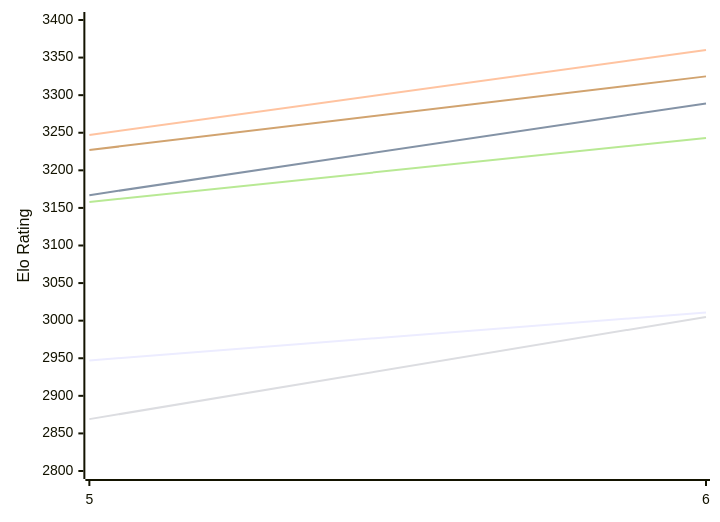
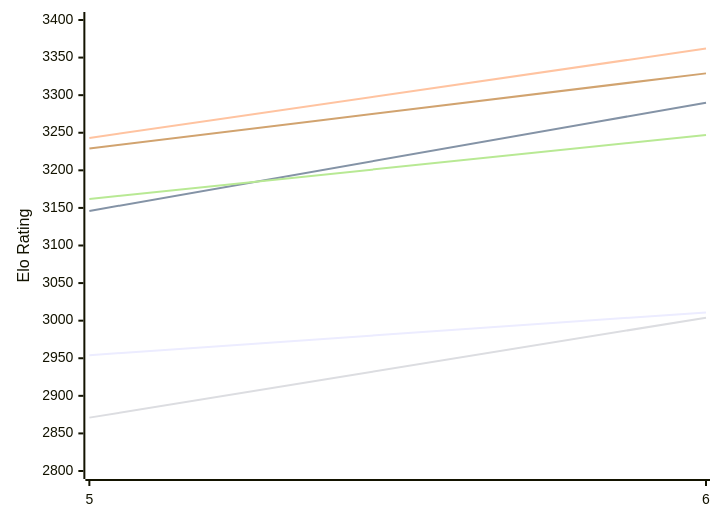
The first of 2 diagrams in engines/Cwtch.md (computer-chess-index/cci), drawn with Mermaid before and after one commit. The commit also changed other lines of this file, not shown here.

Commit message:
Update CCI Ratings (ELO VLTC) - 2026-11-24

````diff
--- a/engines/Cwtch.md
+++ b/engines/Cwtch.md
@@ -51,12 +51,12 @@
 ```mermaid
 %%{init: {"theme":"base","themeVariables":{"seriesColors:['#a3a3a3','#222221','#faa371']}}}%%
 xychart-beta
   x-axis ["5", "6"]
   y-axis "Elo Rating" 2800 --> 3400
-  line "E1: STC (8.0+0.08s)" [2947, 3011]
-  line "E1: LTC (60.0+0.60s)" [3167, 3289]
-  line "E1: VLTC (2m24s+1.12s)" [3247, 3360]
-  line "P1: STC (8.0+0.08s)" [2869, 3005]
-  line "P1: LTC (60.0+0.60s)" [3158, 3243]
-  line "P1: VLTC (2m24s+1.12s)" [3227, 3325]
+  line "E1: STC (8.0+0.08s)" [2954, 3011]
+  line "E1: LTC (60.0+0.60s)" [3146, 3290]
+  line "E1: VLTC (2m24s+1.12s)" [3243, 3362]
+  line "P1: STC (8.0+0.08s)" [2871, 3004]
+  line "P1: LTC (60.0+0.60s)" [3162, 3247]
+  line "P1: VLTC (2m24s+1.12s)" [3229, 3329]
 ```
````
